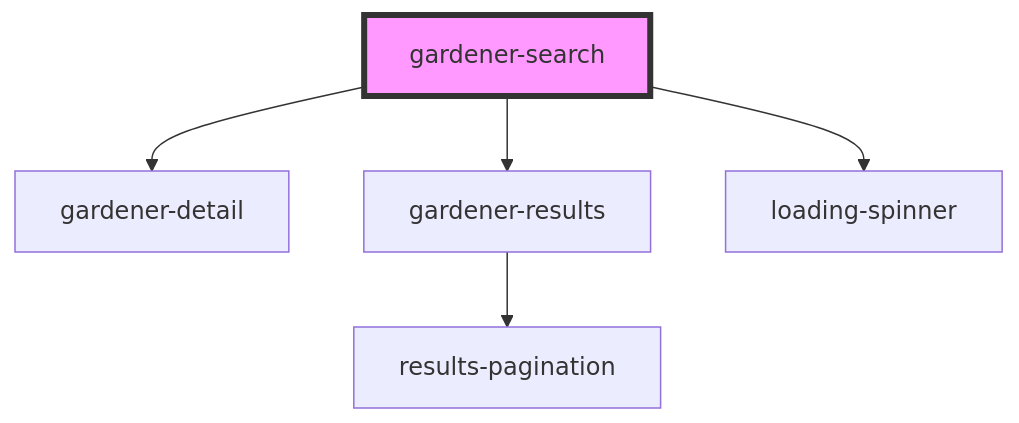
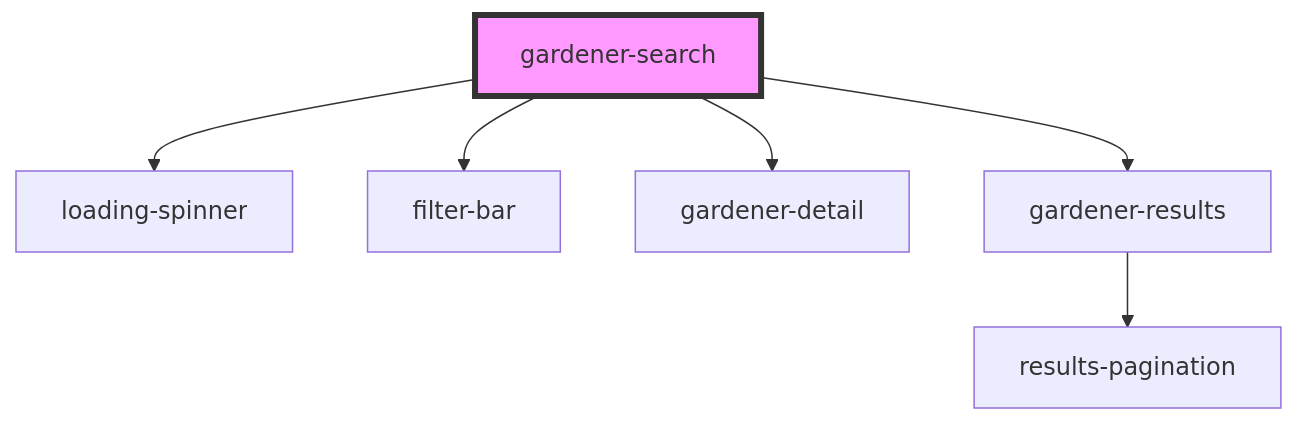
One commit to neropha/stencil-gardb changed the diagram in src/components/gardener-search/readme.md. Above: the diagram before and after it, drawn with Mermaid. The commit also changed other lines of this file and 81 other files, not shown here.

````diff
--- a/src/components/gardener-search/readme.md
+++ b/src/components/gardener-search/readme.md
@@ -24,8 +25,9 @@
 ```mermaid
 graph TD;
+  gardener-search --> loading-spinner
+  gardener-search --> filter-bar
   gardener-search --> gardener-detail
   gardener-search --> gardener-results
-  gardener-search --> loading-spinner
   gardener-results --> results-pagination
   style gardener-search fill:#f9f,stroke:#333,stroke-width:4px
 ```
````
